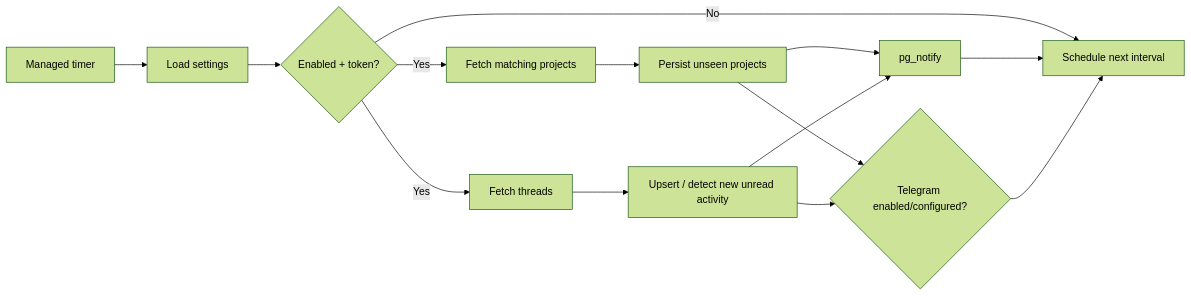
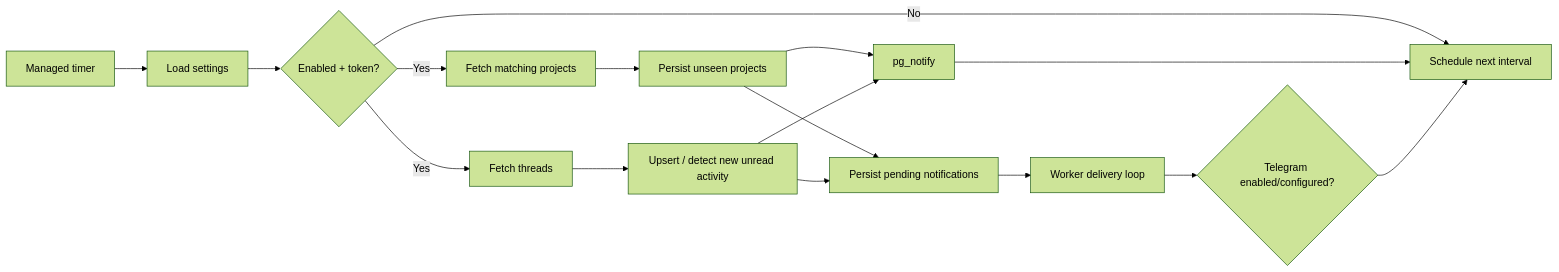
One commit to GorobVictor/home-dashboard changed the fifth of 5 diagrams in AGENTS.md. Above: the diagram before and after it, drawn with Mermaid (forest theme). The commit also changed other lines of this file and 1 other file, not shown here.

Commit message:
ref: document centralized events and notifications

````diff
--- a/AGENTS.md
+++ b/AGENTS.md
@@ -357,16 +361,18 @@
 ```mermaid
 flowchart LR
   Timer[Managed timer] --> Settings[Load settings]
   Settings --> Enabled{Enabled + token?}
   Enabled -->|No| Next[Schedule next interval]
   Enabled -->|Yes| Projects[Fetch matching projects]
   Enabled -->|Yes| Threads[Fetch threads]
   Projects --> SaveProjects[Persist unseen projects]
   Threads --> SaveThreads[Upsert / detect new unread activity]
   SaveProjects --> Events[pg_notify]
   SaveThreads --> Events
-  SaveProjects --> Telegram{Telegram enabled/configured?}
-  SaveThreads --> Telegram
+  SaveProjects --> Pending[Persist pending notifications]
+  SaveThreads --> Pending
+  Pending --> Delivery[Worker delivery loop]
+  Delivery --> Telegram{Telegram enabled/configured?}
   Events --> Next
   Telegram --> Next
 ```
````
